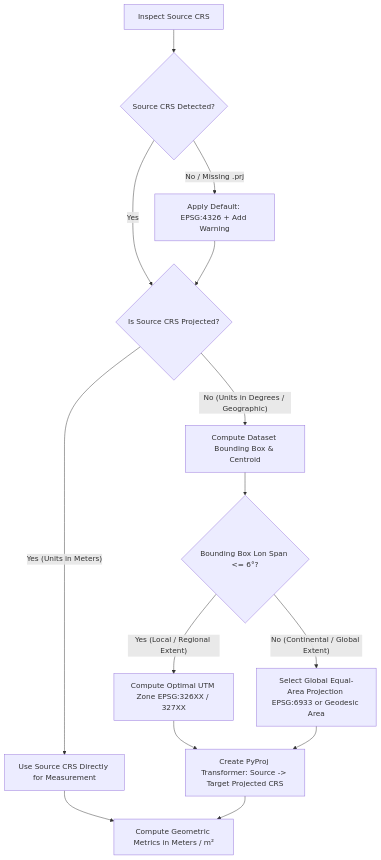
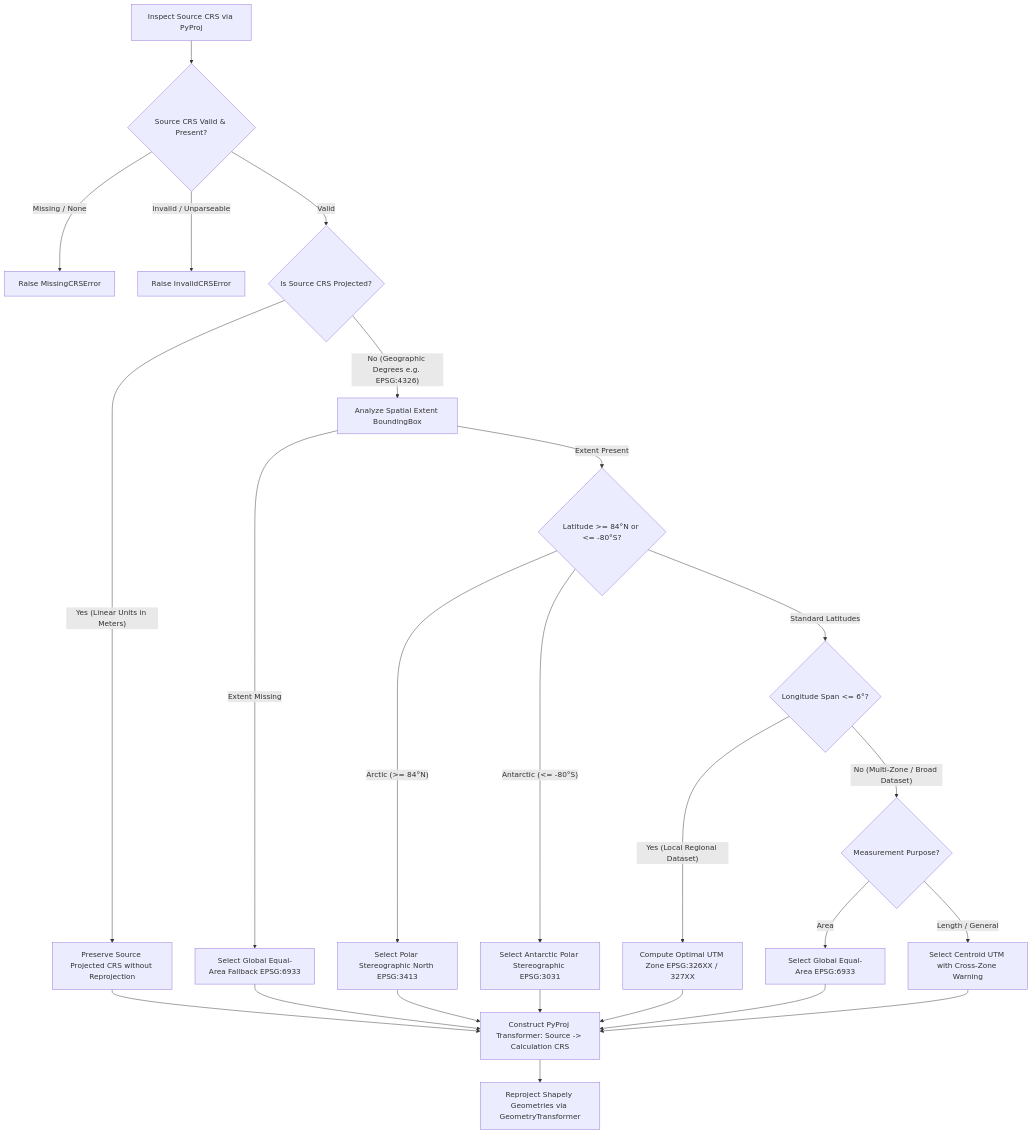
The fourth of 7 diagrams in ARCHITECTURE.md (djcode0718/Geospatial-File-Measurement-API), drawn with Mermaid before and after one commit. The commit also changed other lines of this file and 8 other files, not shown here.

Commit message:
feat: add dynamic CRS resolution, validation, and geometry transformation modules

````diff
--- a/ARCHITECTURE.md
+++ b/ARCHITECTURE.md
@@ -312,16 +312,26 @@
 ```mermaid
 flowchart TD
-    A[Inspect Source CRS] --> B{Source CRS Detected?}
-    B -- No / Missing .prj --> C[Apply Default: EPSG:4326 + Add Warning]
-    B -- Yes --> D{Is Source CRS Projected?}
-    C --> D
-    D -- Yes (Units in Meters) --> E[Use Source CRS Directly for Measurement]
-    D -- No (Units in Degrees / Geographic) --> F[Compute Dataset Bounding Box & Centroid]
-    F --> G{Bounding Box Lon Span <= 6°?}
-    G -- Yes (Local / Regional Extent) --> H[Compute Optimal UTM Zone EPSG:326XX / 327XX]
-    G -- No (Continental / Global Extent) --> I[Select Global Equal-Area Projection EPSG:6933 or Geodesic Area]
-    H --> J[Create PyProj Transformer: Source -> Target Projected CRS]
-    I --> J
-    E --> K[Compute Geometric Metrics in Meters / m²]
-    J --> K
+    A[Inspect Source CRS via PyProj] --> B{Source CRS Valid & Present?}
+    B -- Missing / None --> C[Raise MissingCRSError]
+    B -- Invalid / Unparseable --> D[Raise InvalidCRSError]
+    B -- Valid --> E{Is Source CRS Projected?}
+    E -- Yes (Linear Units in Meters) --> F[Preserve Source Projected CRS without Reprojection]
+    E -- No (Geographic Degrees e.g. EPSG:4326) --> G[Analyze Spatial Extent BoundingBox]
+    G -- Extent Missing --> H[Select Global Equal-Area Fallback EPSG:6933]
+    G -- Extent Present --> I{Latitude >= 84°N or <= -80°S?}
+    I -- Arctic (>= 84°N) --> J[Select Polar Stereographic North EPSG:3413]
+    I -- Antarctic (<= -80°S) --> K[Select Antarctic Polar Stereographic EPSG:3031]
+    I -- Standard Latitudes --> L{Longitude Span <= 6°?}
+    L -- Yes (Local Regional Dataset) --> M[Compute Optimal UTM Zone EPSG:326XX / 327XX]
+    L -- No (Multi-Zone / Broad Dataset) --> N{Measurement Purpose?}
+    N -- Area --> O[Select Global Equal-Area EPSG:6933]
+    N -- Length / General --> P[Select Centroid UTM with Cross-Zone Warning]
+    F --> Q[Construct PyProj Transformer: Source -> Calculation CRS]
+    H --> Q
+    J --> Q
+    K --> Q
+    M --> Q
+    O --> Q
+    P --> Q
+    Q --> R[Reproject Shapely Geometries via GeometryTransformer]
 ```
````
